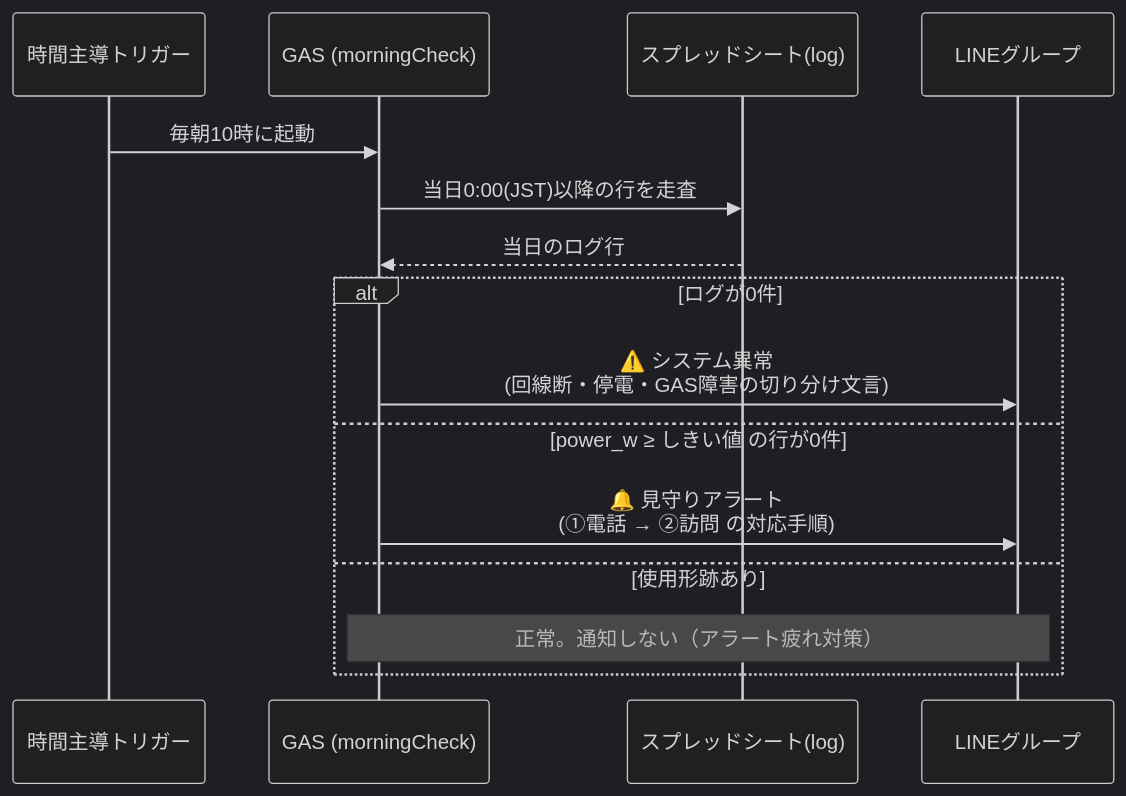
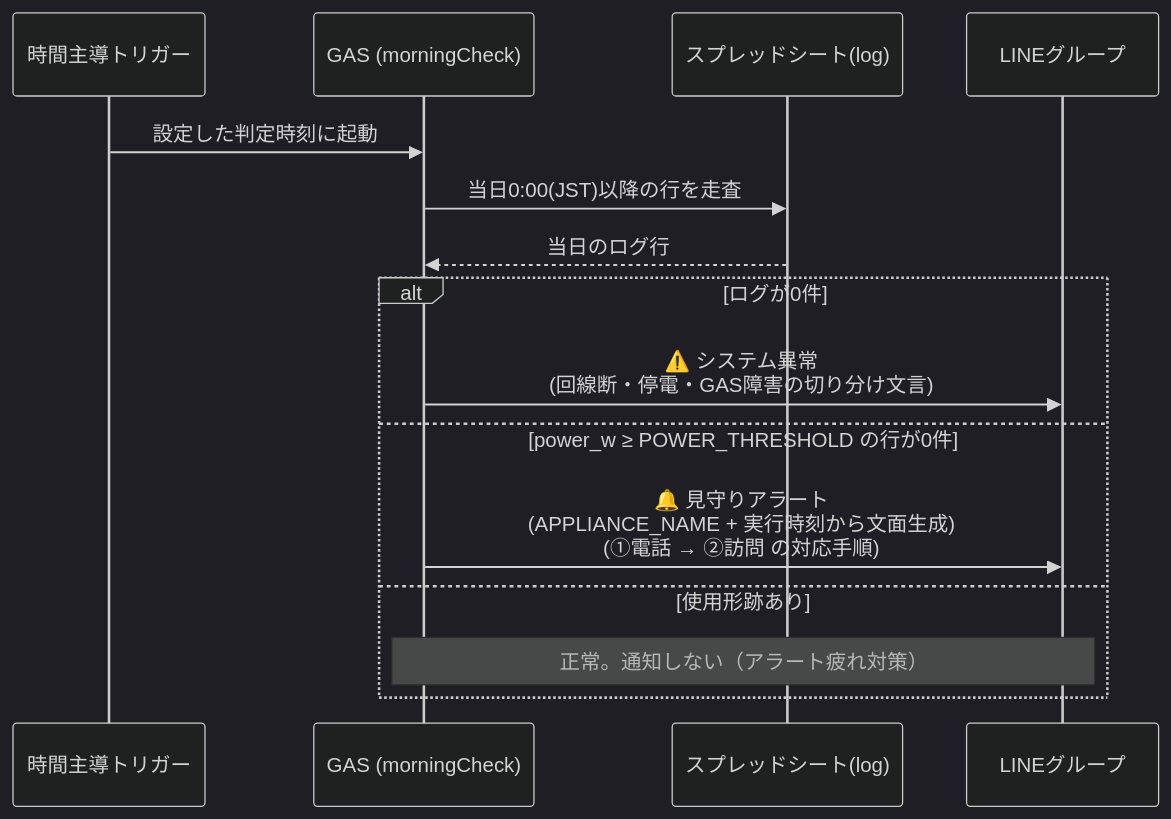
The third of 4 diagrams in docs/architecture.md (yomogi-cat/hamuiru), drawn with Mermaid (dark theme) before and after one commit. The commit also changed other lines of this file and 5 other files, not shown here.

````diff
--- a/docs/architecture.md
+++ b/docs/architecture.md
@@ -59,19 +61,19 @@
 ```mermaid
 sequenceDiagram
     participant T as 時間主導トリガー
     participant G as GAS (morningCheck)
     participant L as スプレッドシート(log)
     participant N as LINEグループ
 
-    T->>G: 毎朝10時に起動
+    T->>G: 設定した判定時刻に起動
     G->>L: 当日0:00(JST)以降の行を走査
     L-->>G: 当日のログ行
 
     alt ログが0件
         G->>N: ⚠️ システム異常<br>(回線断・停電・GAS障害の切り分け文言)
-    else power_w ≥ しきい値 の行が0件
-        G->>N: 🔔 見守りアラート<br>(①電話 → ②訪問 の対応手順)
+    else power_w ≥ POWER_THRESHOLD の行が0件
+        G->>N: 🔔 見守りアラート<br>(APPLIANCE_NAME + 実行時刻から文面生成)<br>(①電話 → ②訪問 の対応手順)
     else 使用形跡あり
         Note over G,N: 正常。通知しない（アラート疲れ対策）
     end
 ```
````
